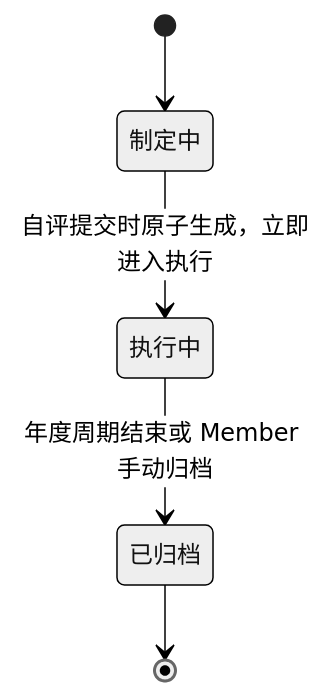
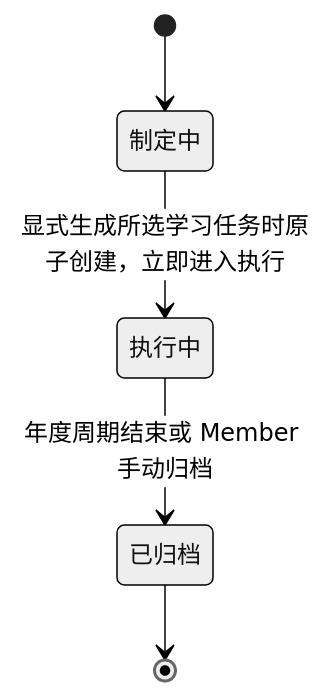
The eighth of 11 diagrams in docs/02_Design.md (yinhui198456/team-capability-platform), drawn with Mermaid (neutral theme) before and after one commit. The commit also changed 31 other files, not shown here.

````diff
--- a/docs/02_Design.md
+++ b/docs/02_Design.md
@@ -349,7 +349,7 @@
 ```mermaid
 stateDiagram-v2
     [*] --> 制定中
-    制定中 --> 执行中 : 自评提交时原子生成，立即进入执行
+    制定中 --> 执行中 : 显式生成所选学习任务时原子创建，立即进入执行
     执行中 --> 已归档 : 年度周期结束或 Member 手动归档
     已归档 --> [*]
 ```
````
